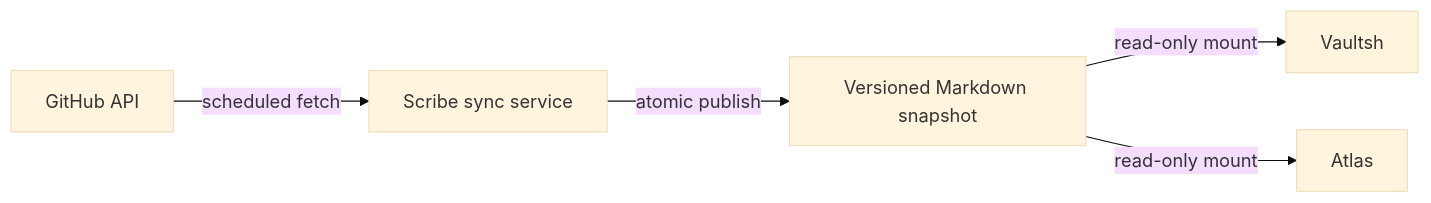
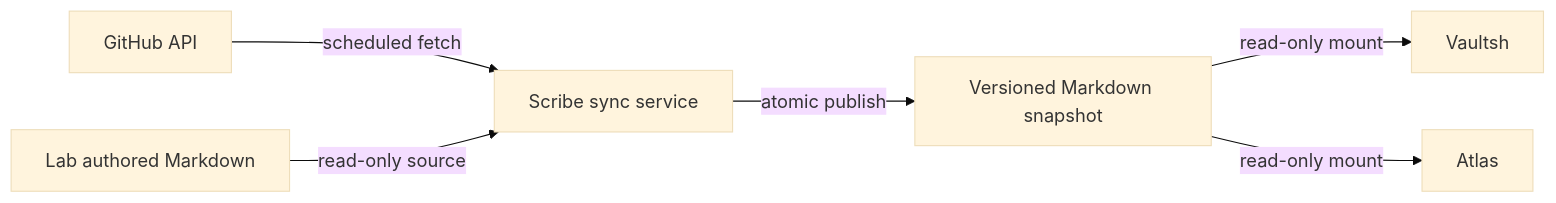
Before and after one commit to mateoRc/lab: the diagram in content/docs/roadmaps/scribe.md, drawn with Mermaid (base theme). The commit also changed other lines of this file and 4 other files, not shown here.

Commit message:
roadmap update

````diff
--- a/content/docs/roadmaps/scribe.md
+++ b/content/docs/roadmaps/scribe.md
@@ -17,13 +19,15 @@
 ```mermaid
 flowchart LR
     provider["GitHub API"]
+    authored["Lab authored Markdown"]
     sync["Scribe sync service"]
     cache["Versioned Markdown snapshot"]
     vaultsh["Vaultsh"]
     atlas["Atlas"]
 
     provider -->|"scheduled fetch"| sync
+    authored -->|"read-only source"| sync
     sync -->|"atomic publish"| cache
     cache -->|"read-only mount"| vaultsh
     cache -->|"read-only mount"| atlas
 ```
````
